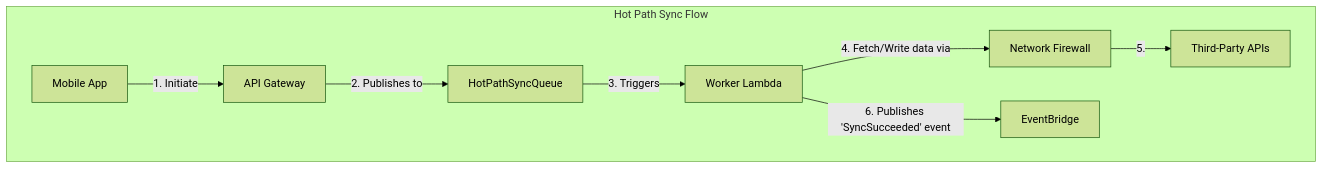
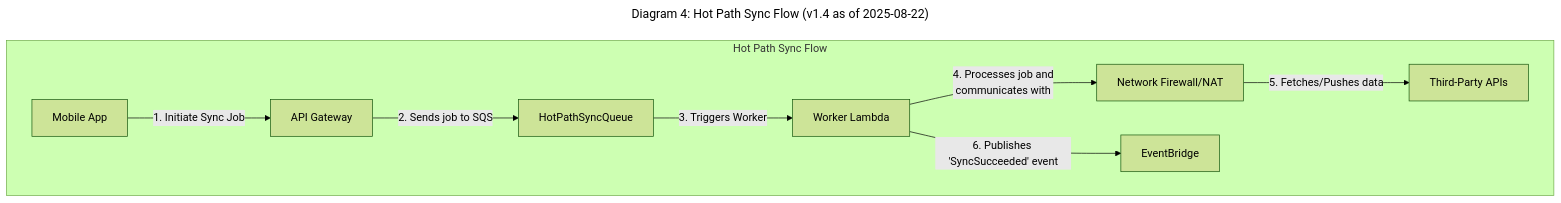
Before and after one commit to dino10bit/healthsync: the eighth of 12 diagrams in docs/architecture/06-technical-architecture.md, drawn with Mermaid (forest theme). The commit also changed other lines of this file, not shown here.

Commit message:
Improve clarity and accuracy of architecture diagrams

````diff
--- a/docs/architecture/06-technical-architecture.md
+++ b/docs/architecture/06-technical-architecture.md
@@ -1218,11 +1227,14 @@
 ```mermaid
+---
+title: "Diagram 4: Hot Path Sync Flow (v1.4 as of 2025-08-22)"
+---
 graph TD
     subgraph "Hot Path Sync Flow"
-        A[Mobile App] -- 1. Initiate --> B[API Gateway]
-        B -- 2. Publishes to --> SQS[HotPathSyncQueue]
-        SQS -- 3. Triggers --> D[Worker Lambda]
-        D -- "4. Fetch/Write data via" --> F[Network Firewall]
-        F -- 5. --> E[Third-Party APIs]
-        D -- 6. Publishes 'SyncSucceeded' event --> C[EventBridge]
+        A[Mobile App] -- "1. Initiate Sync Job" --> B[API Gateway]
+        B -- "2. Sends job to SQS" --> SQS[HotPathSyncQueue]
+        SQS -- "3. Triggers Worker" --> D[Worker Lambda]
+        D -- "4. Processes job and<br>communicates with" --> F[Network Firewall/NAT]
+        F -- "5. Fetches/Pushes data" --> E[Third-Party APIs]
+        D -- "6. Publishes 'SyncSucceeded' event" --> C[EventBridge]
     end
 ```
````
